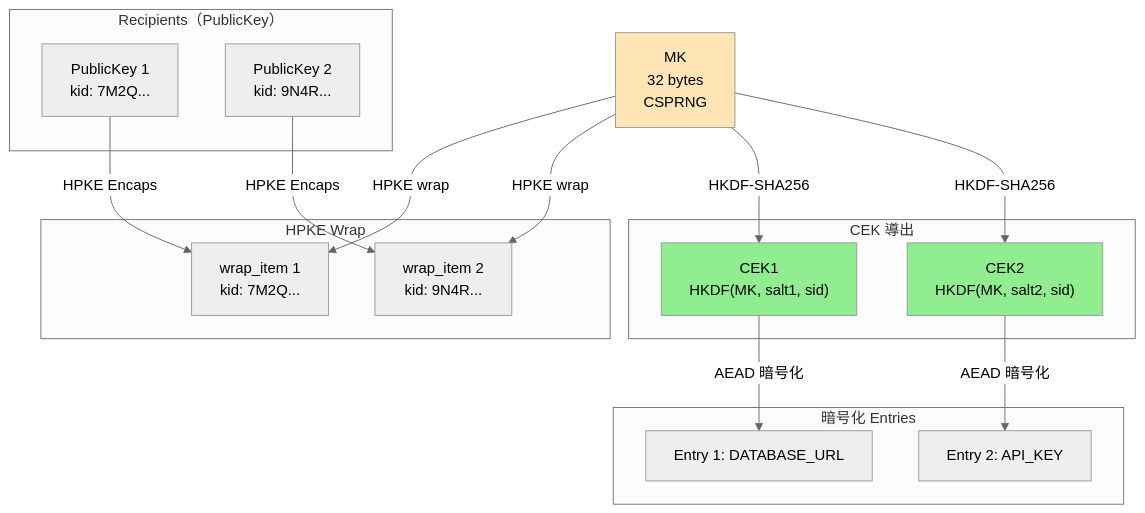
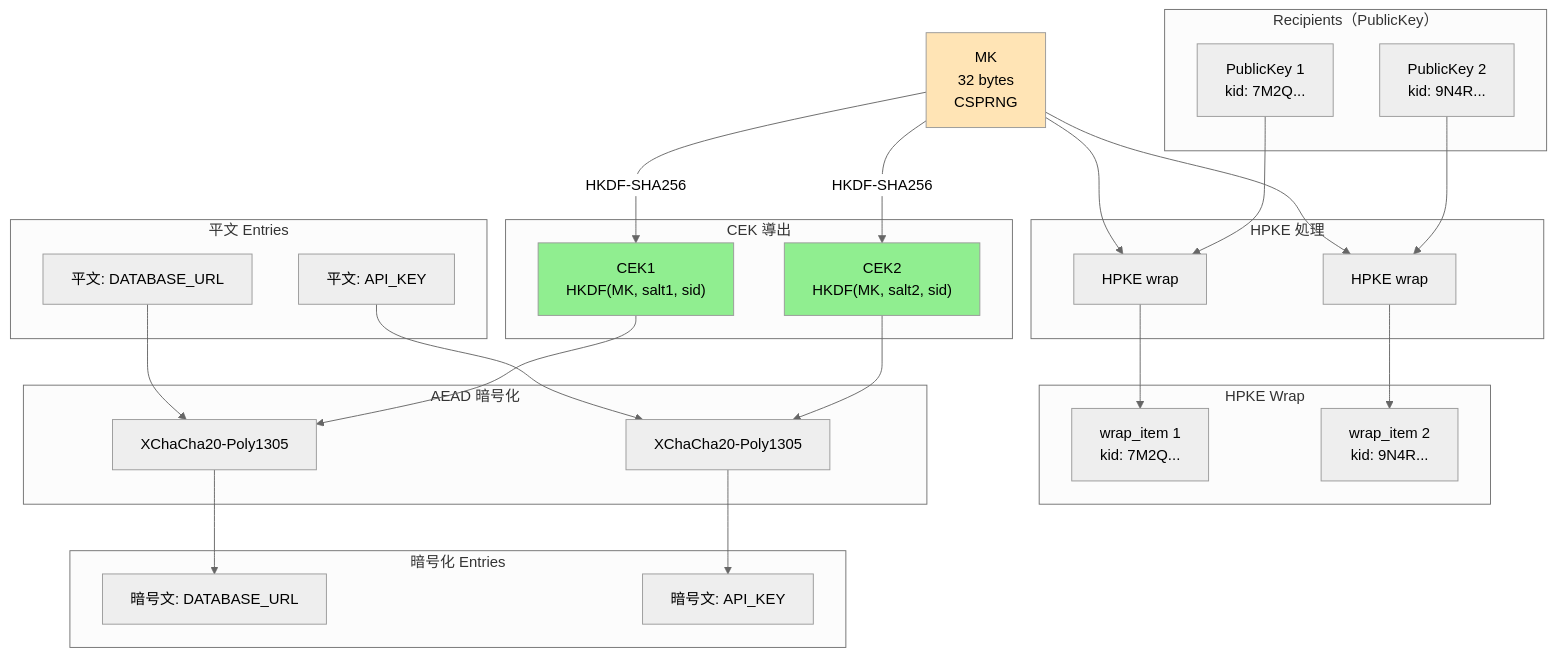
Before and after one commit to ebisawa/secretenv: the fourth of 6 diagrams in guides/security_design_ja.md, drawn with Mermaid (neutral theme). The commit also changed other lines of this file and 3 other files, not shown here.

````diff
--- a/guides/security_design_ja.md
+++ b/guides/security_design_ja.md
@@ -418,37 +639,58 @@
 ```mermaid
 graph TB
     subgraph recipients["Recipients（PublicKey）"]
         PK1["PublicKey 1<br/>kid: 7M2Q..."]
         PK2["PublicKey 2<br/>kid: 9N4R..."]
+    end
+
+    subgraph hpke["HPKE 処理"]
+        HPKE1[HPKE wrap]
+        HPKE2[HPKE wrap]
     end
 
     subgraph wrap["HPKE Wrap"]
         W1["wrap_item 1<br/>kid: 7M2Q..."]
         W2["wrap_item 2<br/>kid: 9N4R..."]
     end
 
     MK["MK<br/>32 bytes<br/>CSPRNG"]
 
     subgraph cek["CEK 導出"]
         CEK1["CEK1<br/>HKDF(MK, salt1, sid)"]
         CEK2["CEK2<br/>HKDF(MK, salt2, sid)"]
     end
 
-    subgraph entries["暗号化 Entries"]
-        E1["Entry 1: DATABASE_URL"]
-        E2["Entry 2: API_KEY"]
+    subgraph p_entries["平文 Entries"]
+        PE1["平文: DATABASE_URL"]
+        PE2["平文: API_KEY"]
     end
 
-    PK1 -->|HPKE Encaps| W1
-    PK2 -->|HPKE Encaps| W2
-    MK -->|HPKE wrap| W1
-    MK -->|HPKE wrap| W2
+    subgraph aead["AEAD 暗号化"]
+        AEAD1[XChaCha20-Poly1305]
+        AEAD2[XChaCha20-Poly1305]
+    end
+
+    subgraph entries["暗号化 Entries"]
+        E1["暗号文: DATABASE_URL"]
+        E2["暗号文: API_KEY"]
+    end
+
+    PK1 --> HPKE1
+    MK --> HPKE1
+    HPKE1 --> W1
+    PK2 --> HPKE2
+    MK --> HPKE2
+    HPKE2 --> W2
     MK -->|HKDF-SHA256| CEK1
     MK -->|HKDF-SHA256| CEK2
-    CEK1 -->|AEAD 暗号化| E1
-    CEK2 -->|AEAD 暗号化| E2
+    CEK1 --> AEAD1
+    PE1 --> AEAD1
+    AEAD1 --> E1
+    CEK2 --> AEAD2
+    PE2 --> AEAD2
+    AEAD2 --> E2
 
     style MK fill:#FFE4B5
     style CEK1 fill:#90EE90
     style CEK2 fill:#90EE90
 ```
````
